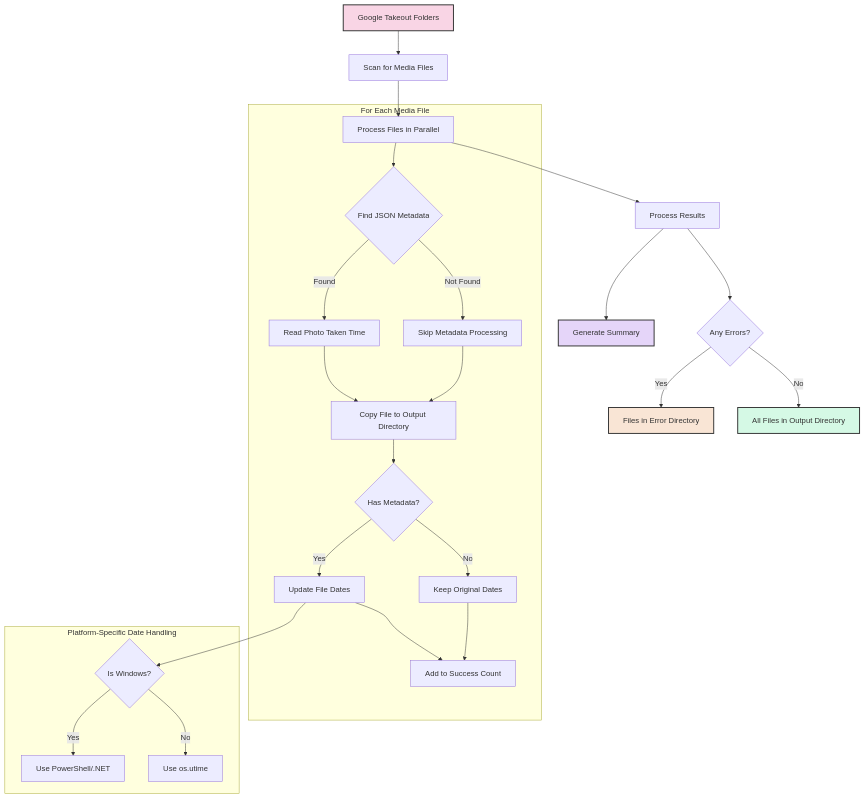
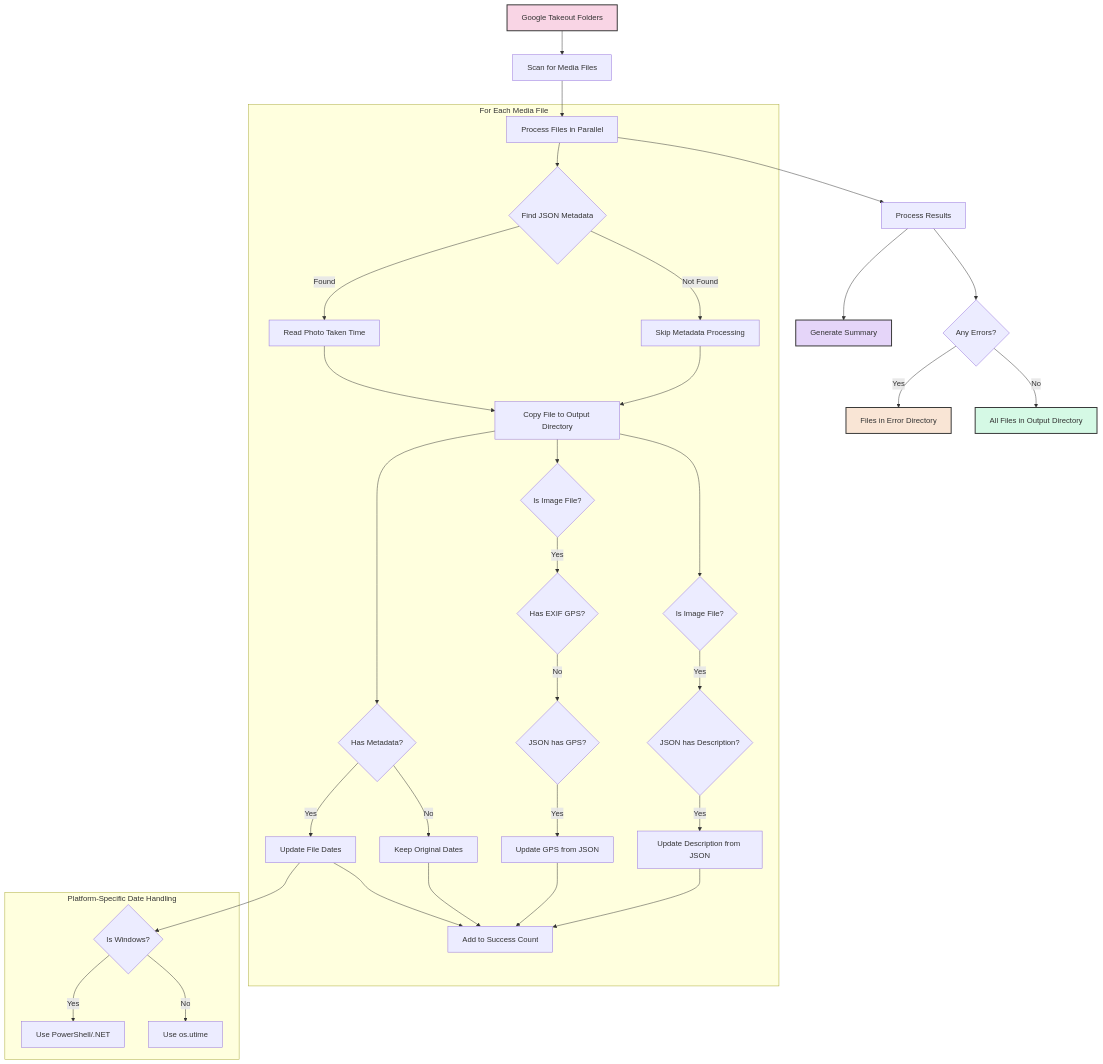
The diagram in README.md (aronreid/google-takeout-fixer), drawn with Mermaid before and after one commit. The commit also changed other lines of this file and 3 other files, not shown here.

````diff
--- a/README.md
+++ b/README.md
@@ -112,35 +118,47 @@
 ```mermaid
 graph TD
     A[Google Takeout Folders] --> B[Scan for Media Files]
     B --> C[Process Files in Parallel]
     
     subgraph "For Each Media File"
         C --> D{Find JSON Metadata}
         D -->|Found| E[Read Photo Taken Time]
         D -->|Not Found| F[Skip Metadata Processing]
         E --> G[Copy File to Output Directory]
         F --> G
         G --> H{Has Metadata?}
         H -->|Yes| I[Update File Dates]
         H -->|No| J[Keep Original Dates]
+        
+        G --> GPS{Is Image File?}
+        GPS -->|Yes| GPS1{Has EXIF GPS?}
+        GPS1 -->|No| GPS2{JSON has GPS?}
+        GPS2 -->|Yes| GPS3[Update GPS from JSON]
+        
+        G --> DESC{Is Image File?}
+        DESC -->|Yes| DESC1{JSON has Description?}
+        DESC1 -->|Yes| DESC2[Update Description from JSON]
+        
         I --> K[Add to Success Count]
         J --> K
+        GPS3 --> K
+        DESC2 --> K
     end
     
     C --> L[Process Results]
     L --> M[Generate Summary]
     L --> N{Any Errors?}
     N -->|Yes| O[Files in Error Directory]
     N -->|No| P[All Files in Output Directory]
     
     subgraph "Platform-Specific Date Handling"
         I --> Q{Is Windows?}
         Q -->|Yes| R[Use PowerShell/.NET]
         Q -->|No| S[Use os.utime]
     end
     
     style A fill:#f9d5e5,stroke:#333,stroke-width:2px
     style P fill:#d5f9e5,stroke:#333,stroke-width:2px
     style O fill:#f9e5d5,stroke:#333,stroke-width:2px
     style M fill:#e5d5f9,stroke:#333,stroke-width:2px
 ```
````
